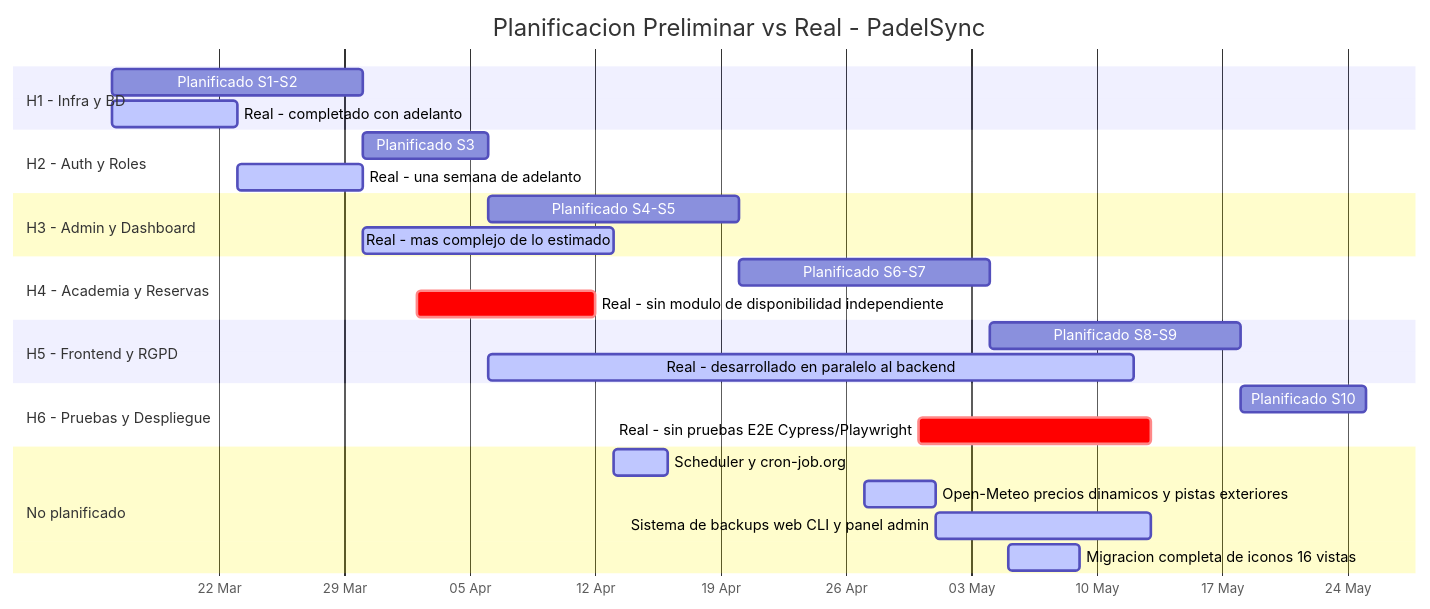
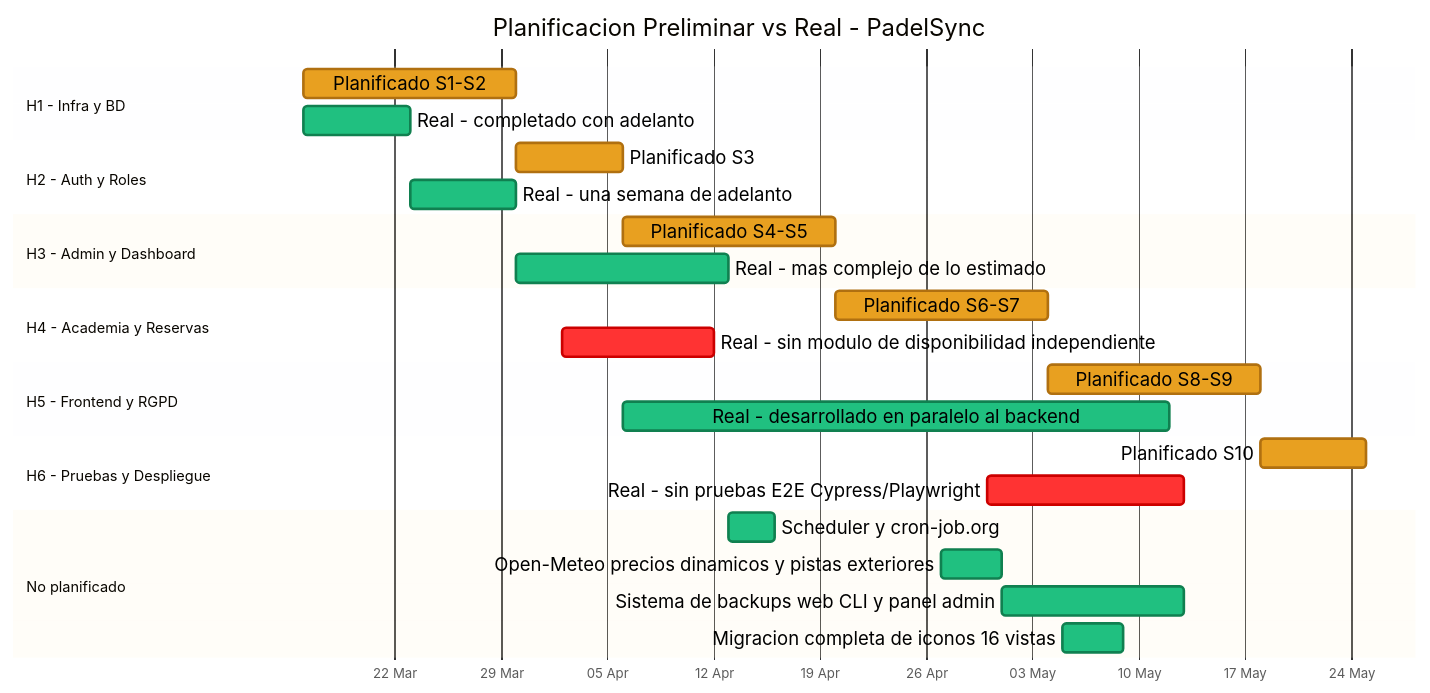
One commit to pabloiglepe/Prueba1---TFG changed the second of 2 diagrams in docs/PLANIFICACION_REAL.md. Above: the diagram before and after it, drawn with Mermaid. The commit also changed other lines of this file, not shown here.

Commit message:
Actualizar documentación

````diff
--- a/docs/PLANIFICACION_REAL.md
+++ b/docs/PLANIFICACION_REAL.md
@@ -75,30 +75,30 @@
 ```mermaid
-%%{init: {'theme': 'base', 'gantt': {'leftPadding': 220, 'barHeight': 22, 'barGap': 6, 'fontSize': 13}, 'themeVariables': {'fontFamily': '"Arial Black", sans-serif', 'taskBkgColor': '#e8a020', 'taskBorderColor': '#b07010', 'taskTextColor': '#000000', 'taskTextOutsideColor': '#000000', 'taskTextLightColor': '#000000', 'taskTextDarkColor': '#000000', 'activeTaskBkgColor': '#20c080', 'activeTaskBorderColor': '#108050', 'critBkgColor': '#ff3333', 'critBorderColor': '#cc0000', 'todayLineColor': '#ffffff'}}}%%
+%%{init: {'theme': 'base', 'gantt': {'leftPadding': 220, 'barHeight': 22, 'barGap': 6, 'fontSize': 14}, 'themeVariables': {'fontFamily': 'Impact', 'taskBkgColor': '#e8a020', 'taskBorderColor': '#b07010', 'taskTextColor': '#000000', 'taskTextOutsideColor': '#000000', 'taskTextLightColor': '#000000', 'taskTextDarkColor': '#000000', 'activeTaskBkgColor': '#20c080', 'activeTaskBorderColor': '#108050', 'critBkgColor': '#ff3333', 'critBorderColor': '#cc0000', 'todayLineColor': '#ffffff'}}}%%
 gantt
     title Planificacion Preliminar vs Real - PadelSync
     dateFormat  YYYY-MM-DD
     axisFormat  %d %b
     section H1 - Infra y BD
     Planificado S1-S2                                  :p1, 2026-03-16, 14d
     Real - completado con adelanto                     :active, r1, 2026-03-16, 7d
     section H2 - Auth y Roles
     Planificado S3                                     :p2, 2026-03-30, 7d
     Real - una semana de adelanto                      :active, r2, 2026-03-23, 7d
     section H3 - Admin y Dashboard
     Planificado S4-S5                                  :p3, 2026-04-06, 14d
     Real - mas complejo de lo estimado                 :active, r3, 2026-03-30, 14d
     section H4 - Academia y Reservas
     Planificado S6-S7                                  :p4, 2026-04-20, 14d
     Real - sin modulo de disponibilidad independiente  :crit, r4, 2026-04-02, 10d
     section H5 - Frontend y RGPD
     Planificado S8-S9                                  :p5, 2026-05-04, 14d
     Real - desarrollado en paralelo al backend         :active, r5, 2026-04-06, 36d
     section H6 - Pruebas y Despliegue
     Planificado S10                                    :p6, 2026-05-18, 7d
     Real - sin pruebas E2E Cypress/Playwright          :crit, r6, 2026-04-30, 13d
     section No planificado
     Scheduler y cron-job.org                           :active, np1, 2026-04-13, 3d
     Open-Meteo precios dinamicos y pistas exteriores   :active, np2, 2026-04-27, 4d
     Sistema de backups web CLI y panel admin           :active, np3, 2026-05-01, 12d
     Migracion completa de iconos 16 vistas             :active, np4, 2026-05-05, 4d
 ```
````
